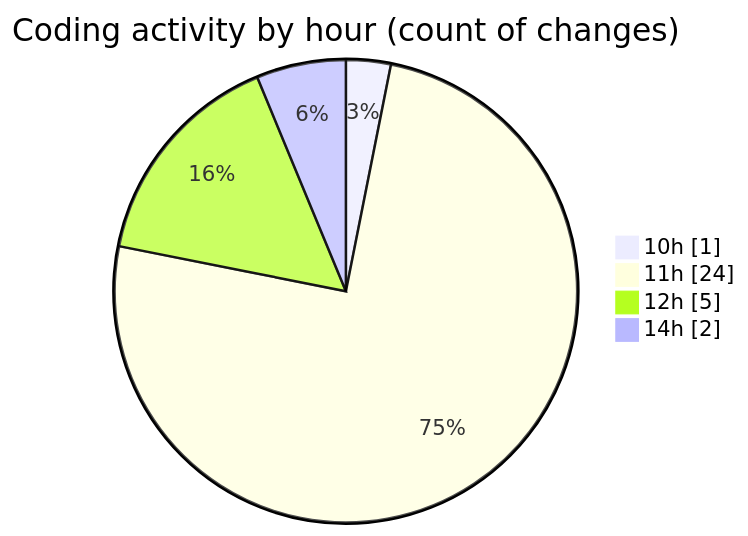
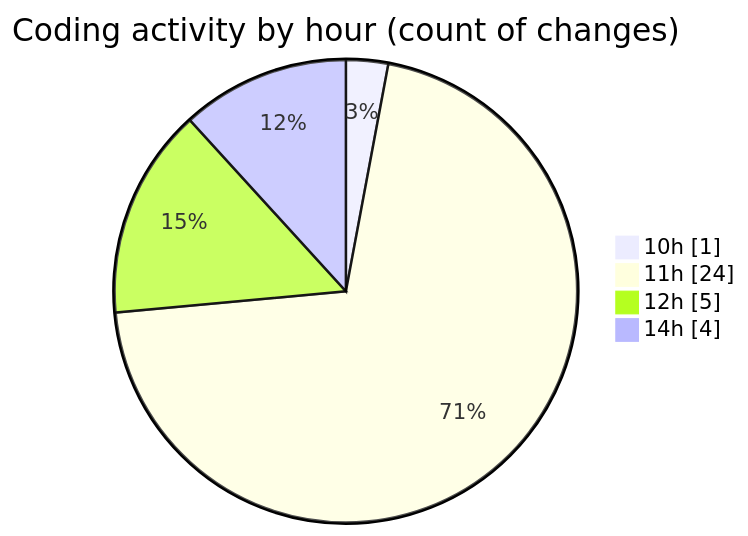
The second of 2 diagrams in 2025-10-03/untitled__workspace_/README.md (debugP/code-tracking), drawn with Mermaid before and after one commit. The commit also changed other lines of this file and 1 other file, not shown here.

````diff
--- a/2025-10-03/untitled__workspace_/README.md
+++ b/2025-10-03/untitled__workspace_/README.md
@@ -29,8 +29,8 @@
 ```mermaid
 pie showData
 title Coding activity by hour (count of changes)
 "10h" : 1
 "11h" : 24
 "12h" : 5
-"14h" : 2
+"14h" : 4
 ```
````
